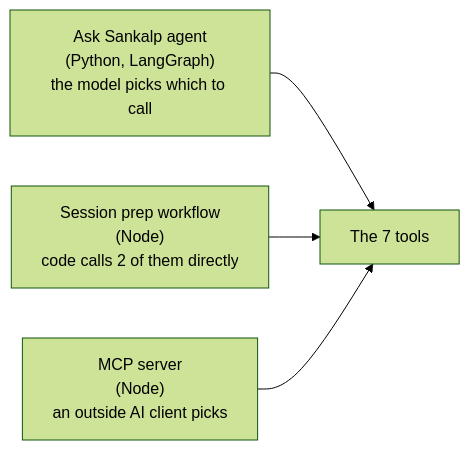
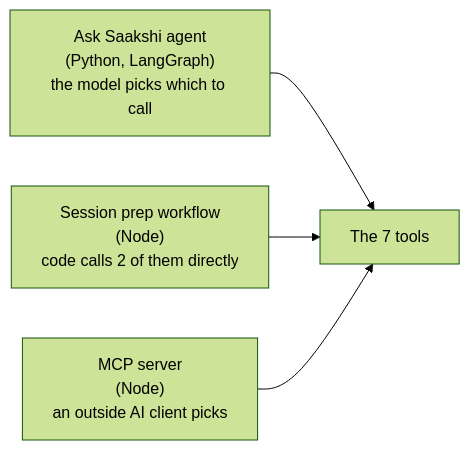
The fourth of 7 diagrams in AI_AGENTS_GUIDE.md (kushagragarg15/sankalp-village-project), drawn with Mermaid (forest theme) before and after one commit. The commit also changed other lines of this file and 29 other files, not shown here.

````diff
--- a/AI_AGENTS_GUIDE.md
+++ b/AI_AGENTS_GUIDE.md
@@ -389,10 +389,10 @@
 ```mermaid
 flowchart LR
     T["The 7 tools"]
-    A["Ask Sankalp agent<br/>(Python, LangGraph)<br/>the model picks which to call"]
+    A["Ask Saakshi agent<br/>(Python, LangGraph)<br/>the model picks which to call"]
     W["Session prep workflow<br/>(Node)<br/>code calls 2 of them directly"]
     M["MCP server<br/>(Node)<br/>an outside AI client picks"]
     A --> T
     W --> T
     M --> T
 ```
````
